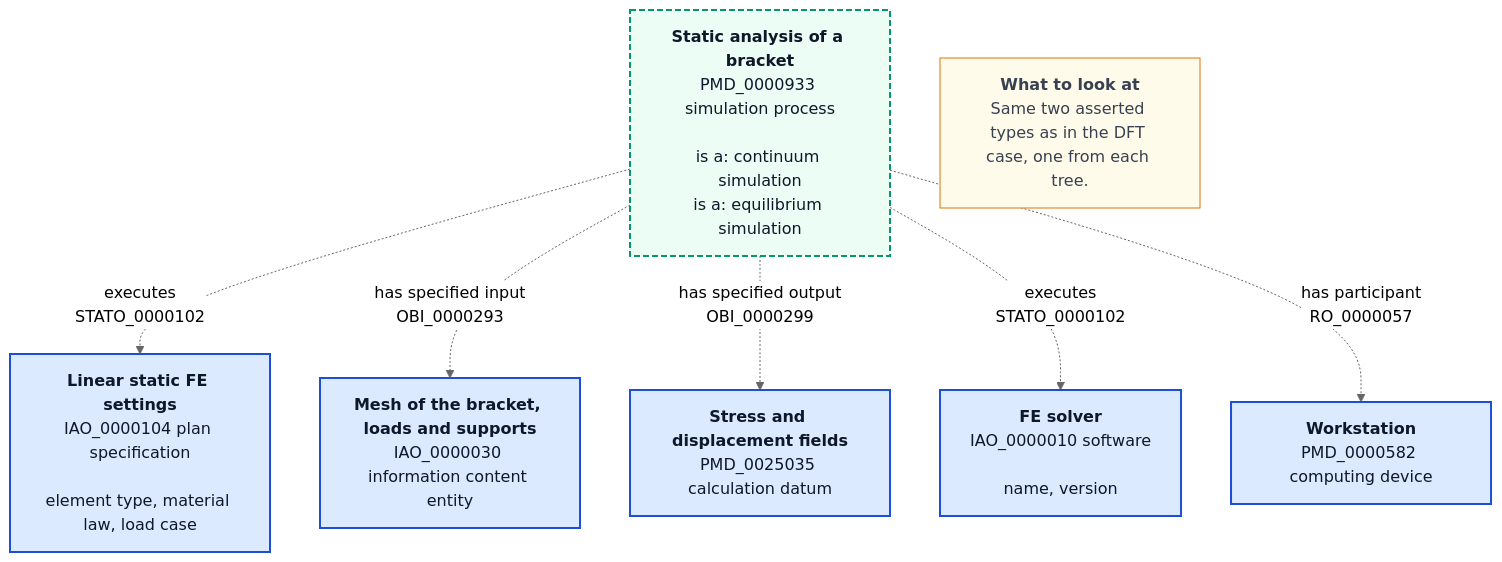
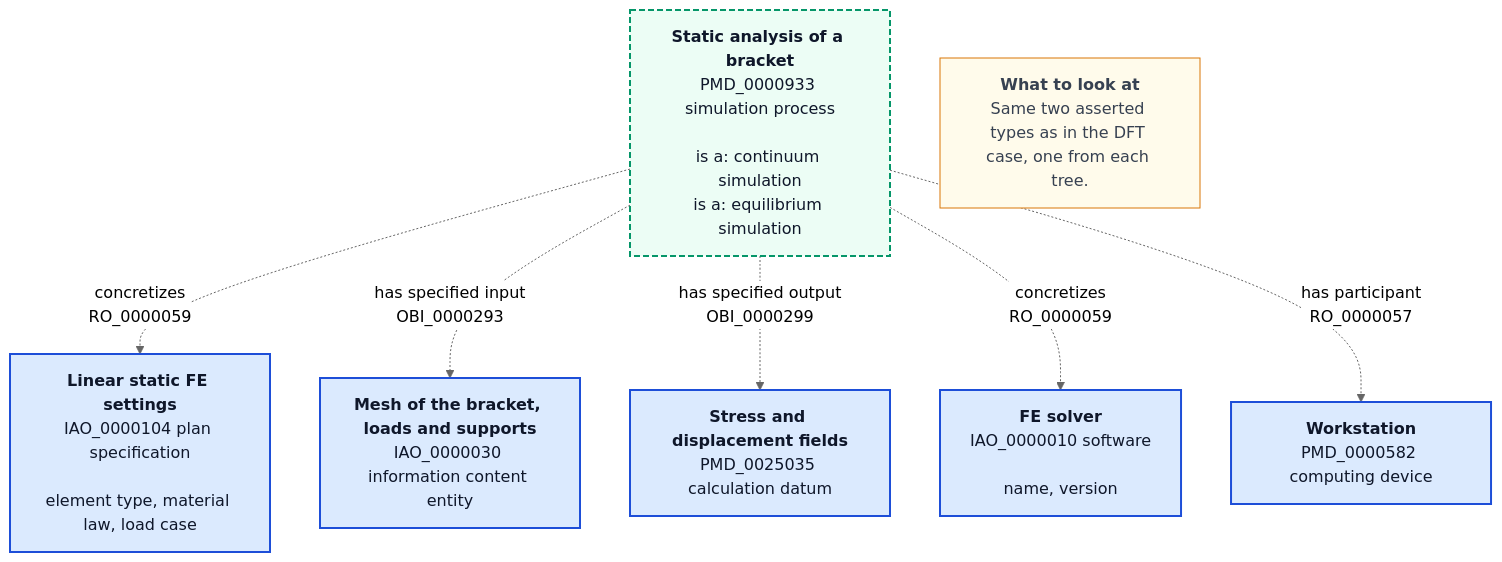
Before and after one commit to BAMresearch/mermantics: the diagram in web/options/d-asserted-facets/fem.mmd, drawn with Mermaid (neutral theme). The commit also changed 17 other files, not shown here.

```diff
--- a/web/options/d-asserted-facets/fem.mmd
+++ b/web/options/d-asserted-facets/fem.mmd
@@ -1,24 +1,24 @@
 flowchart TB
 
 %% Option D. Several axes, asserted: static FEM analysis
 %% Engineering: a static finite element analysis of a loaded steel bracket.
 
     Analysis["<b>Static analysis of a bracket</b><br>PMD_0000933 simulation process<br><br>is a: continuum simulation<br>is a: equilibrium simulation"]:::proposed
     Settings["<b>Linear static FE settings</b><br>IAO_0000104 plan specification<br><br>element type, material law, load case"]:::local
     Mesh["<b>Mesh of the bracket, loads and supports</b><br>IAO_0000030 information content entity"]:::local
     Stress["<b>Stress and displacement fields</b><br>PMD_0025035 calculation datum"]:::local
     Code["<b>FE solver</b><br>IAO_0000010 software<br><br>name, version"]:::local
     Node["<b>Workstation</b><br>PMD_0000582 computing device"]:::local
     Note["<b>What to look at</b><br>Same two asserted types as in the DFT case, one from each tree."]:::note
 
-    Analysis -. "executes<br>STATO_0000102" .-> Settings
+    Analysis -. "concretizes<br>RO_0000059" .-> Settings
     Analysis -. "has specified input<br>OBI_0000293" .-> Mesh
     Analysis -. "has specified output<br>OBI_0000299" .-> Stress
-    Analysis -. "executes<br>STATO_0000102" .-> Code
+    Analysis -. "concretizes<br>RO_0000059" .-> Code
     Analysis -. "has participant<br>RO_0000057" .-> Node
 
     classDef local fill:#dbeafe,stroke:#1d4ed8,stroke-width:2px,color:#0f172a
     classDef note fill:#fffbeb,stroke:#d97706,color:#374151
     classDef proposed fill:#ecfdf5,stroke:#059669,stroke-width:2px,stroke-dasharray:6 3,color:#0f172a
 
 %% mermantics-kinds {"Analysis":"process","Settings":"plan","Mesh":"information","Stress":"data","Code":"software","Node":"device"}
```
